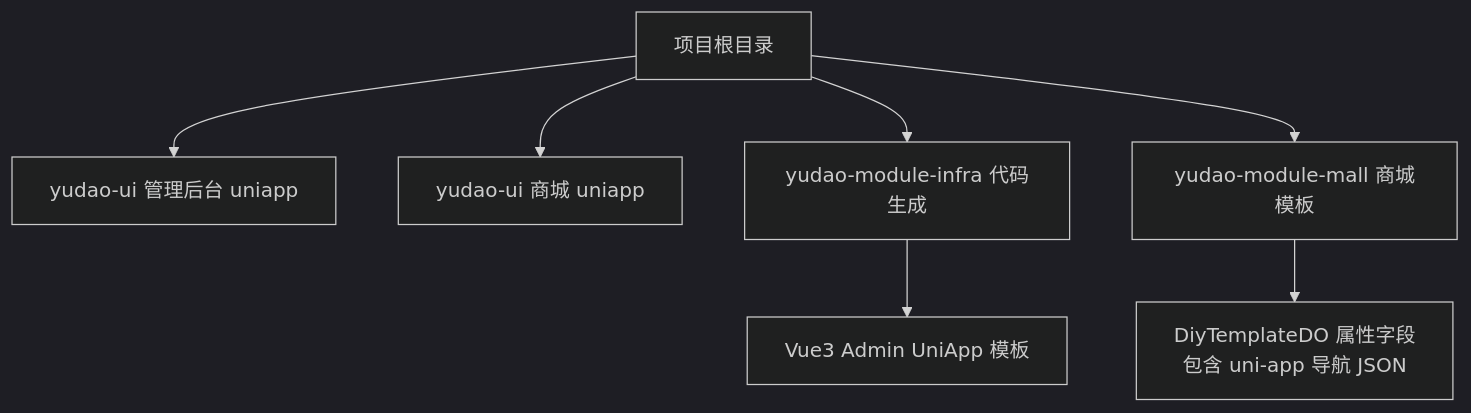
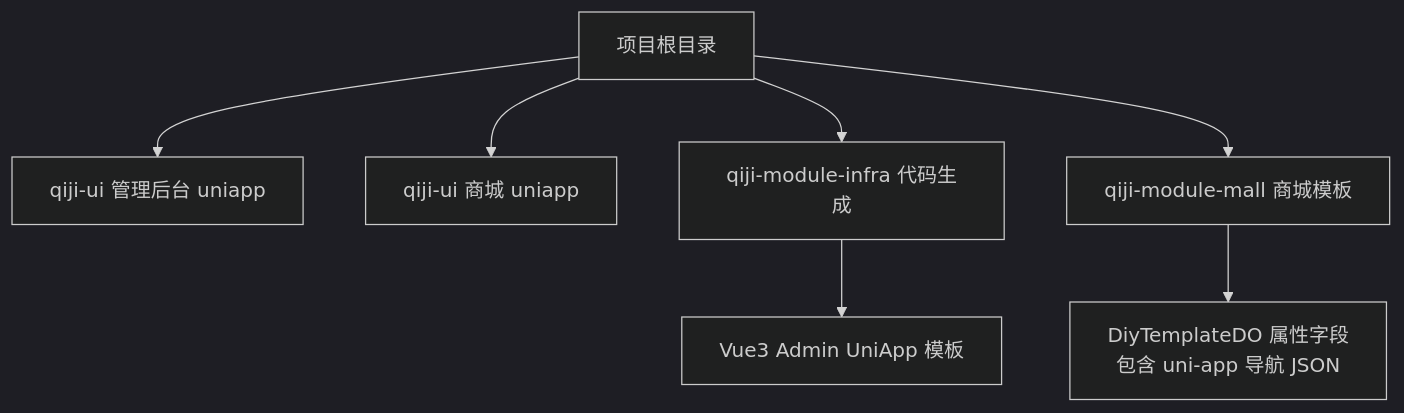
Before and after one commit to zhuangpengLI/AgenticCPS: the first of 6 diagrams in backend/.qoder/repowiki/zh/content/前端架构设计/UniApp多端适配.md, drawn with Mermaid (dark theme). The commit also changed other lines of this file and 3489 other files, not shown here.

````diff
--- a/backend/.qoder/repowiki/zh/content/前端架构设计/UniApp多端适配.md
+++ b/backend/.qoder/repowiki/zh/content/前端架构设计/UniApp多端适配.md
@@ -42,9 +42,9 @@
 ```mermaid
 graph TB
-A["项目根目录"] --> B["yudao-ui 管理后台 uniapp"]
-A --> C["yudao-ui 商城 uniapp"]
-A --> D["yudao-module-infra 代码生成"]
-A --> E["yudao-module-mall 商城模板"]
+A["项目根目录"] --> B["qiji-ui 管理后台 uniapp"]
+A --> C["qiji-ui 商城 uniapp"]
+A --> D["qiji-module-infra 代码生成"]
+A --> E["qiji-module-mall 商城模板"]
 D --> F["Vue3 Admin UniApp 模板"]
 E --> G["DiyTemplateDO 属性字段<br/>包含 uni-app 导航 JSON"]
 ```
````
